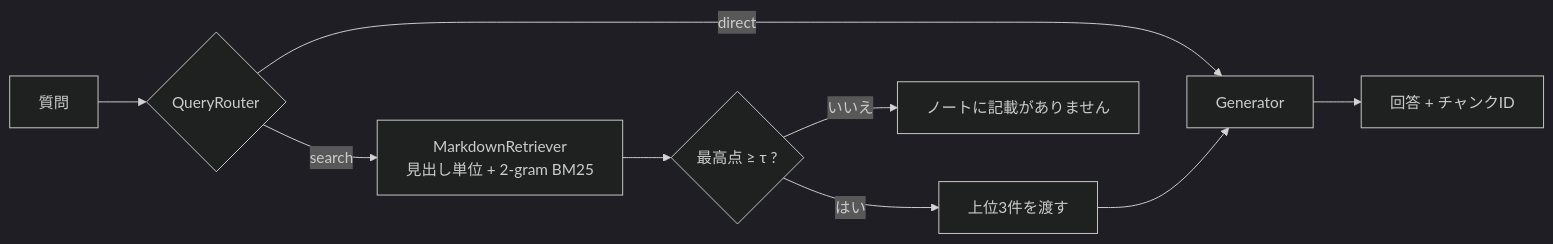
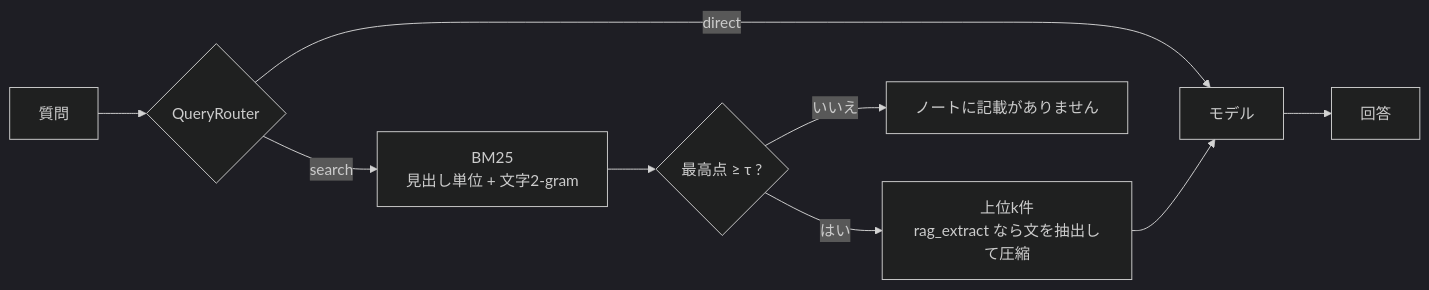
The diagram in README.md (karenmathtoml-oss/local-rag-evaluation-pipeline), drawn with Mermaid (dark theme) before and after one commit. The commit also changed other lines of this file and 10 other files, not shown here.

````diff
--- a/README.md
+++ b/README.md
@@ -26,11 +44,11 @@
 ```mermaid
 flowchart LR
   Q[質問] --> R{QueryRouter}
-  R -- direct --> G[Generator]
-  R -- search --> S[MarkdownRetriever<br/>見出し単位 + 2-gram BM25]
+  R -- direct --> M[モデル]
+  R -- search --> S[BM25<br/>見出し単位 + 文字2-gram]
   S --> T{最高点 ≥ τ ?}
   T -- いいえ --> N[ノートに記載がありません]
-  T -- はい --> P[上位3件を渡す]
-  P --> G
-  G --> A[回答 + チャンクID]
+  T -- はい --> X[上位k件<br/>rag_extract なら文を抽出して圧縮]
+  X --> M
+  M --> A[回答]
 ```
````
